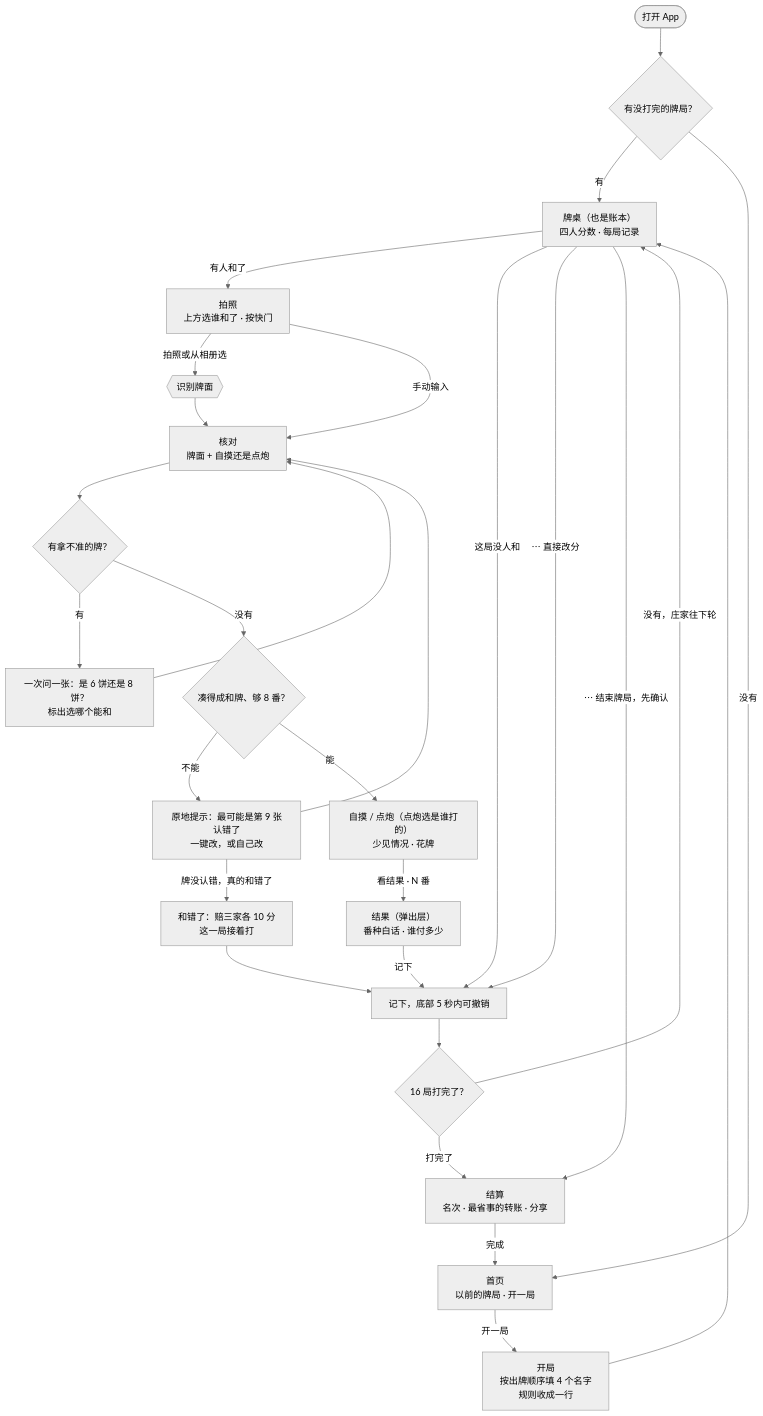
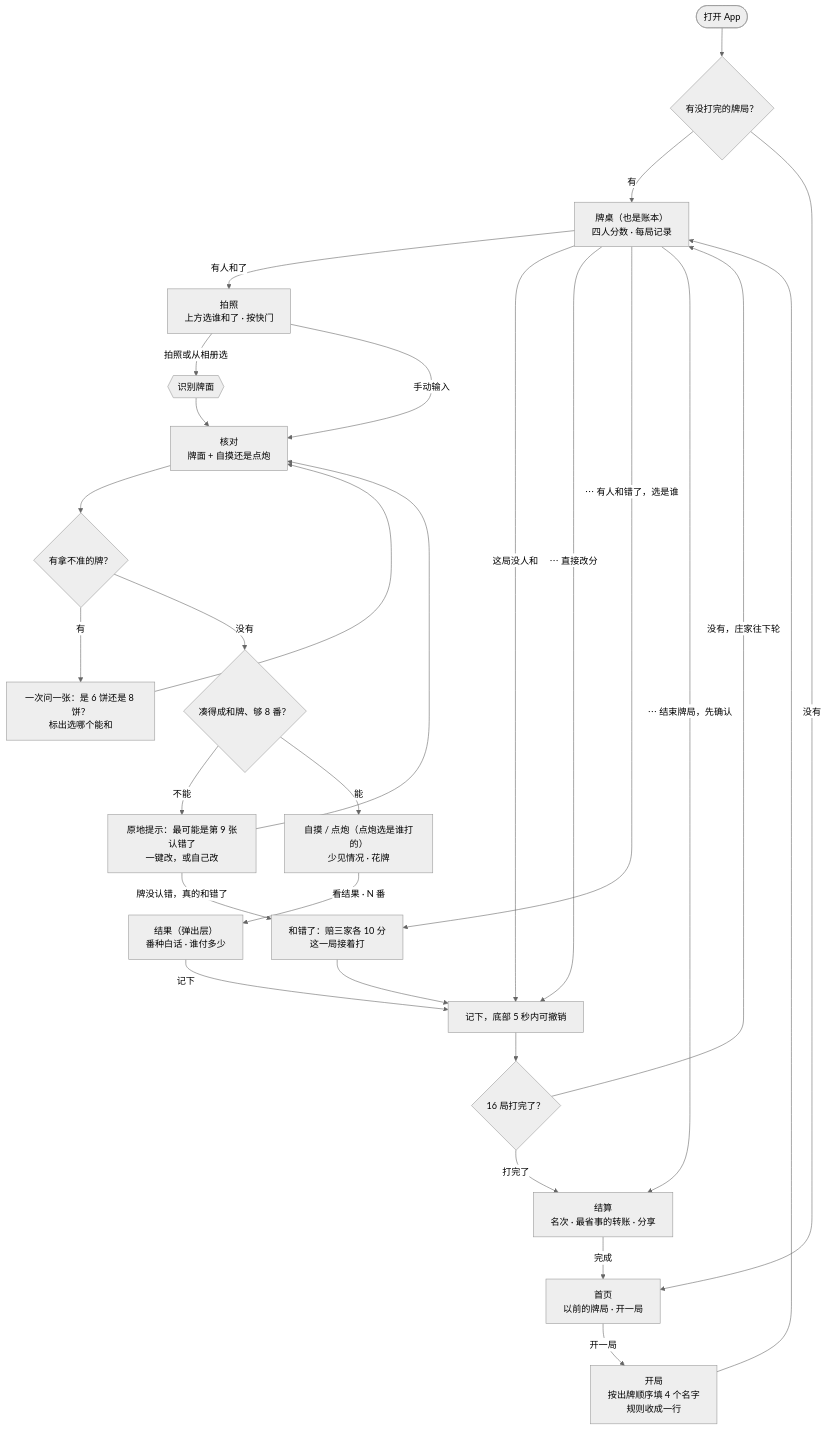
Before and after one commit to yangwy30/majiang-ppc: the diagram in docs/user-flow.md, drawn with Mermaid (neutral theme). The commit also changed other lines of this file and 3 other files, not shown here.

````diff
--- a/docs/user-flow.md
+++ b/docs/user-flow.md
@@ -14,29 +14,30 @@
 ```mermaid
 flowchart TD
     Open(["打开 App"]) --> Has{"有没打完的牌局？"}
     Has -->|有| Table
     Has -->|没有| Home["首页<br/>以前的牌局 · 开一局"]
     Home -->|开一局| New["开局<br/>按出牌顺序填 4 个名字<br/>规则收成一行"]
     New --> Table["牌桌（也是账本）<br/>四人分数 · 每局记录"]
 
     Table -->|有人和了| Cam["拍照<br/>上方选谁和了 · 按快门"]
     Table -->|这局没人和| Undo["记下，底部 5 秒内可撤销"]
     Table -->|⋯ 直接改分| Undo
+    Table -->|⋯ 有人和错了，选是谁| FalseWin
     Cam -->|拍照或从相册选| Read{{"识别牌面"}}
     Cam -->|手动输入| Check
     Read --> Check["核对<br/>牌面 + 自摸还是点炮"]
 
     Check --> Doubt{"有拿不准的牌？"}
     Doubt -->|有| Ask["一次问一张：是 6 饼还是 8 饼？<br/>标出选哪个能和"] --> Check
     Doubt -->|没有| Shape{"凑得成和牌、够 8 番？"}
     Shape -->|不能| Fix["原地提示：最可能是第 9 张认错了<br/>一键改，或自己改"] --> Check
     Fix -->|牌没认错，真的和错了| FalseWin["和错了：赔三家各 10 分<br/>这一局接着打"] --> Undo
     Shape -->|能| How["自摸 / 点炮（点炮选是谁打的）<br/>少见情况 · 花牌"]
     How -->|看结果 · N 番| Result["结果（弹出层）<br/>番种白话 · 谁付多少"]
     Result -->|记下| Undo
     Undo --> Done{"16 局打完了？"}
     Done -->|没有，庄家往下轮| Table
     Done -->|打完了| Settle
     Table -->|⋯ 结束牌局，先确认| Settle["结算<br/>名次 · 最省事的转账 · 分享"]
     Settle -->|完成| Home
 ```
````
